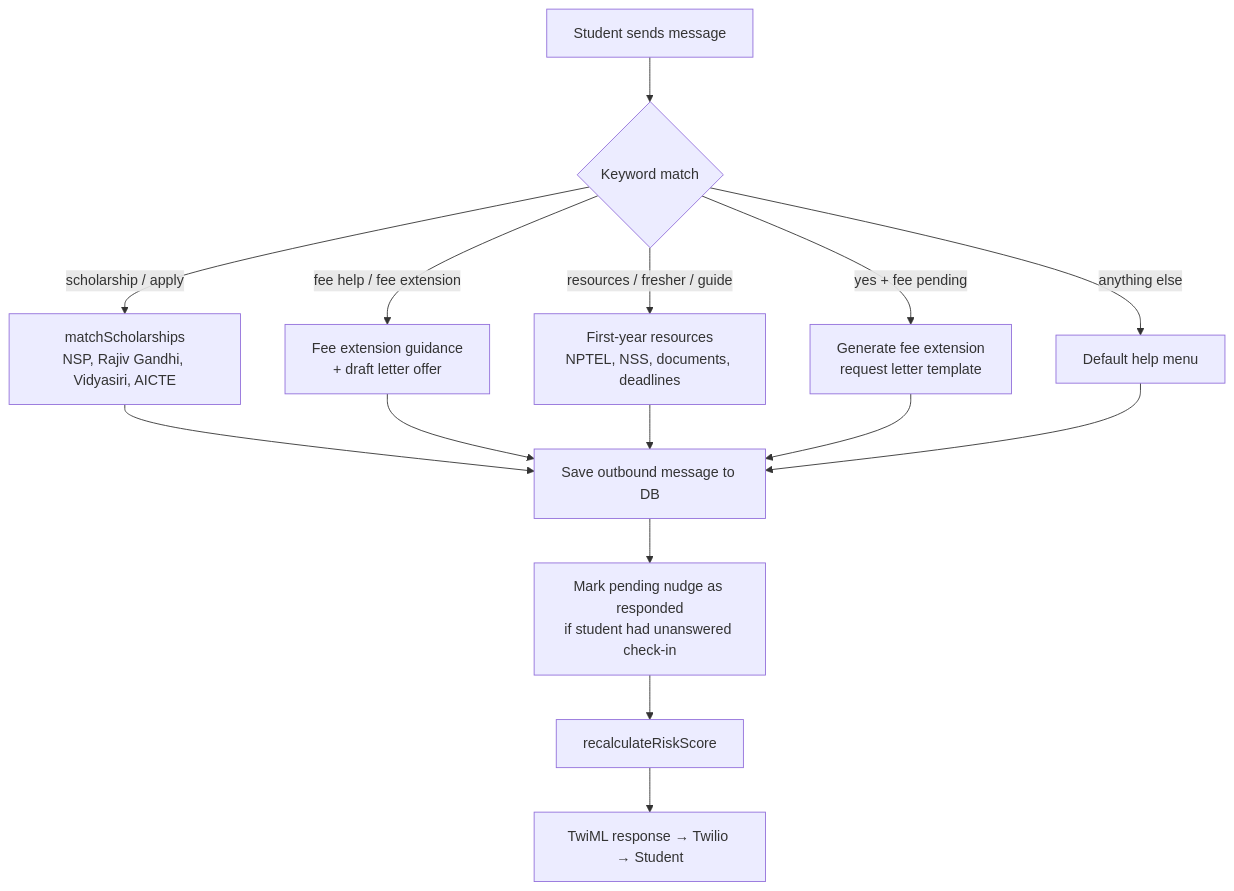
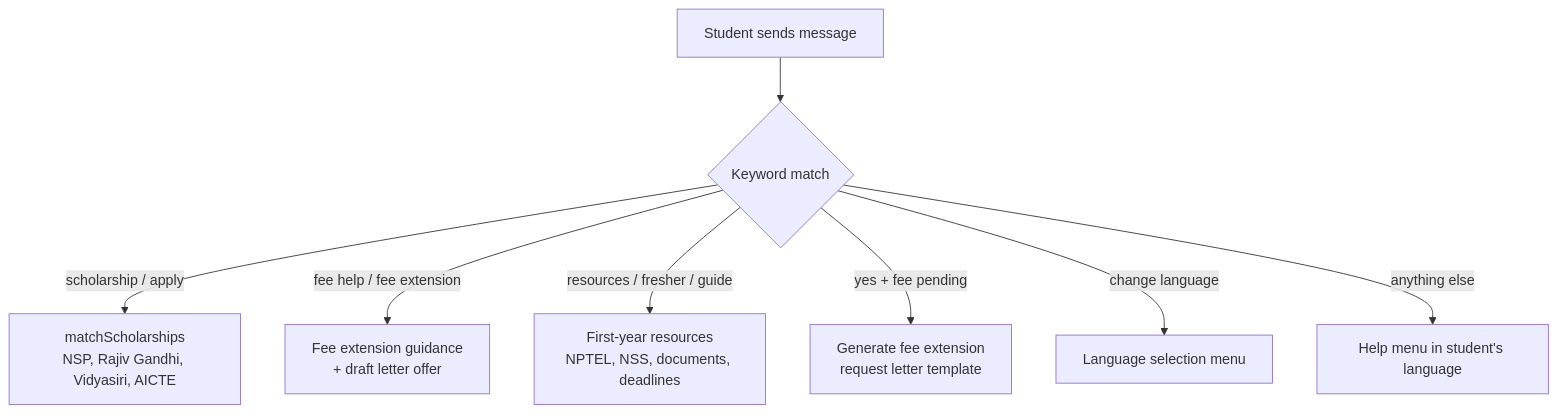
The second of 4 diagrams in README.md (Mikram0604/lockedin4), drawn with Mermaid before and after one commit. The commit also changed other lines of this file, not shown here.

Commit message:
docs: comprehensive README with architecture, API reference, and deployment guide

````diff
--- a/README.md
+++ b/README.md
@@ -48,17 +141,10 @@
 ```mermaid
 flowchart TD
     A[Student sends message] --> B{Keyword match}
-    B -->|scholarship / apply| C[matchScholarships\nNSP, Rajiv Gandhi, Vidyasiri, AICTE]
-    B -->|fee help / fee extension| D[Fee extension guidance\n+ draft letter offer]
-    B -->|resources / fresher / guide| E[First-year resources\nNPTEL, NSS, documents, deadlines]
-    B -->|yes + fee pending| F[Generate fee extension\nrequest letter template]
-    B -->|anything else| G[Default help menu]
-    C --> H[Save outbound message to DB]
-    D --> H
-    E --> H
-    F --> H
-    G --> H
-    H --> I[Mark pending nudge as responded\nif student had unanswered check-in]
-    I --> J[recalculateRiskScore]
-    J --> K[TwiML response → Twilio → Student]
+    B -->|scholarship / apply| C[matchScholarships<br/>NSP, Rajiv Gandhi, Vidyasiri, AICTE]
+    B -->|fee help / fee extension| D[Fee extension guidance<br/>+ draft letter offer]
+    B -->|resources / fresher / guide| E[First-year resources<br/>NPTEL, NSS, documents, deadlines]
+    B -->|yes + fee pending| F[Generate fee extension<br/>request letter template]
+    B -->|change language| G[Language selection menu]
+    B -->|anything else| H[Help menu in student's language]
 ```
````
